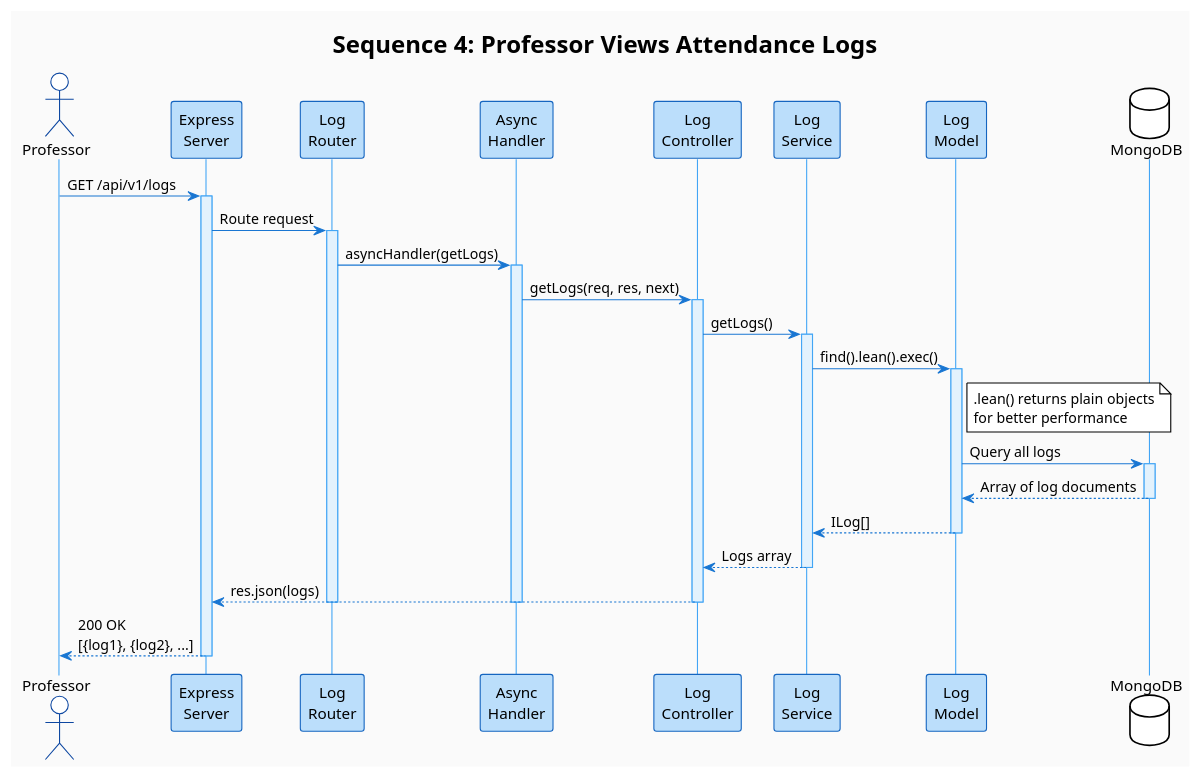
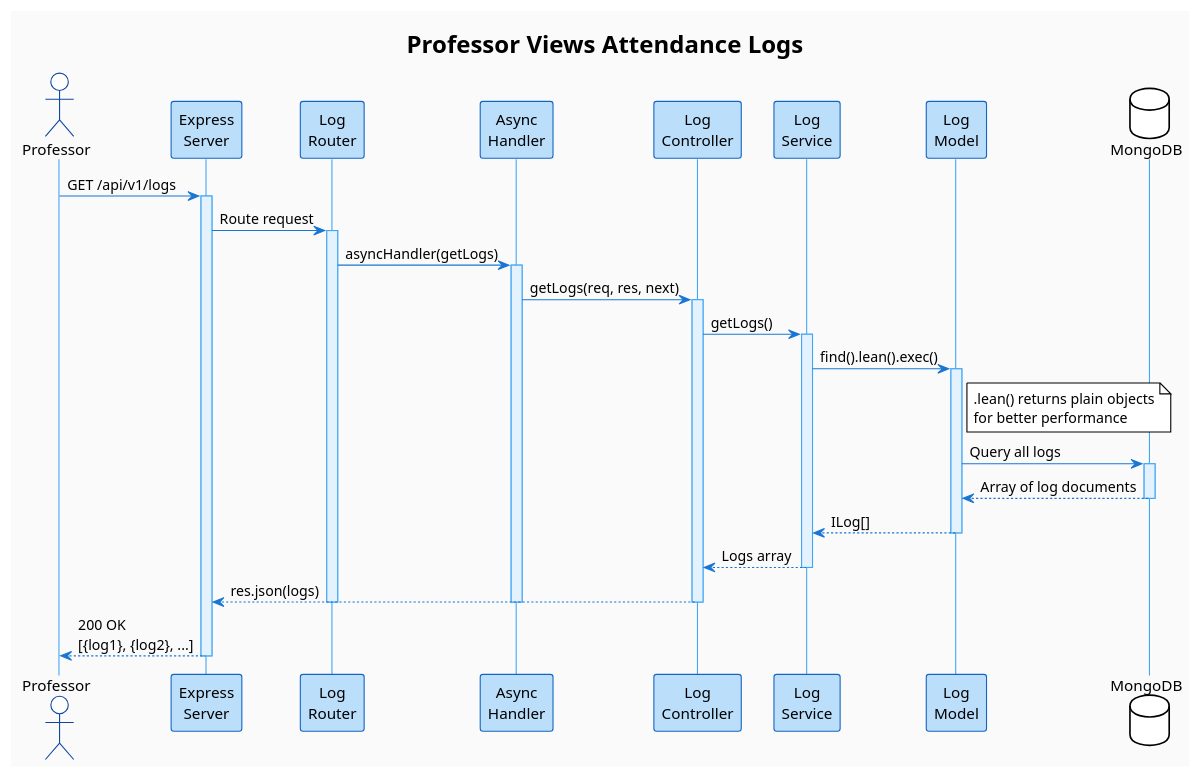
Before and after one commit to AvinaashGhansam/student-auth-api: the diagram in src/design/attendance-view.puml, drawn with PlantUML. The commit also changed 7 other files, not shown here.

```diff
--- a/src/design/attendance-view.puml
+++ b/src/design/attendance-view.puml
@@ -1,65 +1,65 @@
 @startuml View_Attendance_Logs
 !theme plain
 skinparam backgroundColor #FAFAFA
 skinparam sequence {
     ArrowColor #1976D2
     ActorBorderColor #0D47A1
     LifeLineBorderColor #42A5F5
     LifeLineBackgroundColor #E3F2FD
     ParticipantBorderColor #1565C0
     ParticipantBackgroundColor #BBDEFB
 }
 
-title Sequence 4: Professor Views Attendance Logs
+title Professor Views Attendance Logs
 
 actor Professor
 participant "Express\nServer" as Express
 participant "Log\nRouter" as LogRouter
 participant "Async\nHandler" as Async
 participant "Log\nController" as LogController
 participant "Log\nService" as LogService
 participant "Log\nModel" as LogModel
 database MongoDB
 
 Professor -> Express: GET /api/v1/logs
 activate Express
 
 Express -> LogRouter: Route request
 activate LogRouter
 
 LogRouter -> Async: asyncHandler(getLogs)
 activate Async
 
 Async -> LogController: getLogs(req, res, next)
 activate LogController
 
 LogController -> LogService: getLogs()
 activate LogService
 
 LogService -> LogModel: find().lean().exec()
 activate LogModel
 note right of LogModel
     .lean() returns plain objects
     for better performance
 end note
 
 LogModel -> MongoDB: Query all logs
 activate MongoDB
 MongoDB --> LogModel: Array of log documents
 deactivate MongoDB
 
 LogModel --> LogService: ILog[]
 deactivate LogModel
 
 LogService --> LogController: Logs array
 deactivate LogService
 
 LogController --> Express: res.json(logs)
 deactivate LogController
 deactivate Async
 deactivate LogRouter
 
 Express --> Professor: 200 OK\n[{log1}, {log2}, ...]
 deactivate Express
 
 @enduml
```
